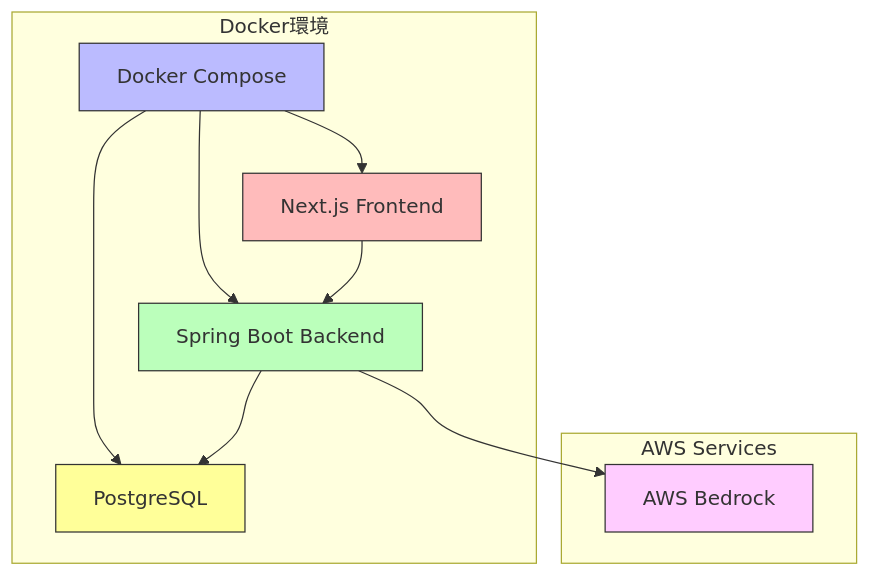
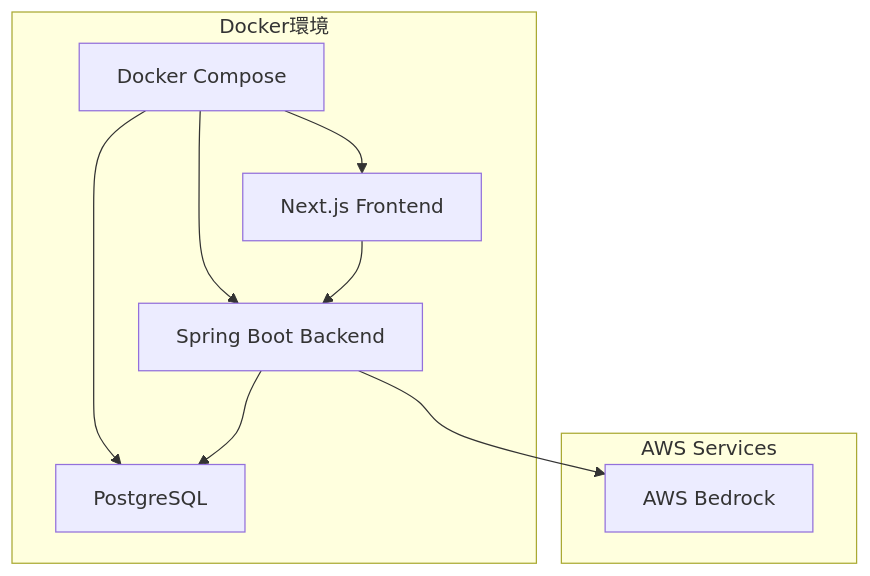
One commit to yoshi88wani/recipe-app changed the fourth of 4 diagrams in docs/system-design.md. Above: the diagram before and after it, drawn with Mermaid. The commit also changed other lines of this file and 3 other files, not shown here.

````diff
--- a/docs/system-design.md
+++ b/docs/system-design.md
@@ -350,22 +336,16 @@
 ```mermaid
-graph TD
+flowchart TD
     subgraph "Docker環境"
         A[Docker Compose] --> B[PostgreSQL]
         A --> C[Spring Boot Backend]
         A --> D[Next.js Frontend]
         C --> B
         D --> C
     end
     
     subgraph "AWS Services"
         E[AWS Bedrock]
     end
     
     C --> E
-    
-    style A fill:#bbf,stroke:#333,stroke-width:1px
-    style B fill:#ff9,stroke:#333,stroke-width:1px
-    style C fill:#bfb,stroke:#333,stroke-width:1px
-    style D fill:#fbb,stroke:#333,stroke-width:1px
-    style E fill:#fcf,stroke:#333,stroke-width:1px
 ```
````
